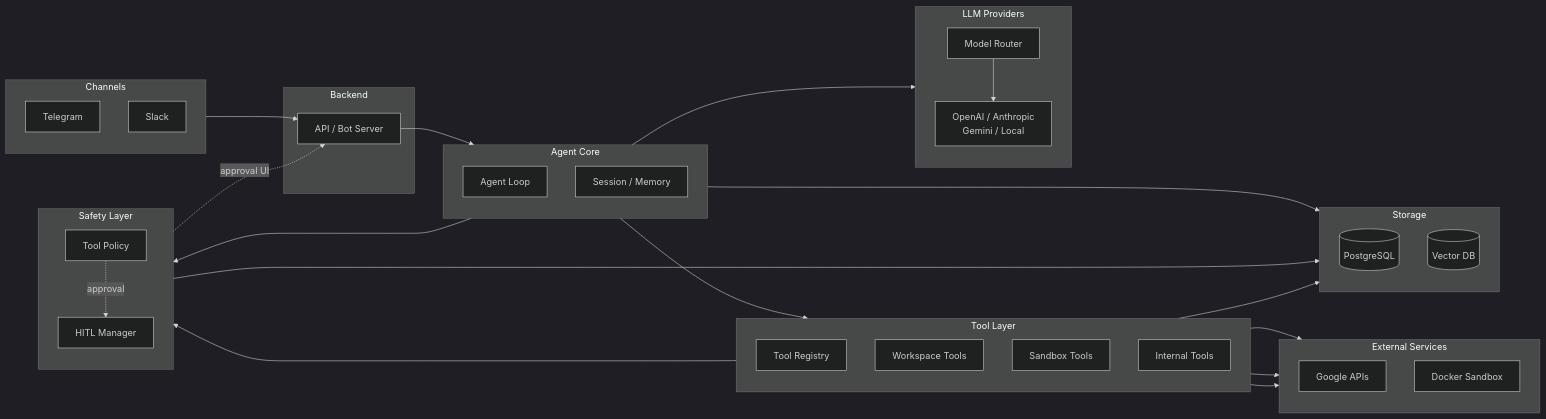
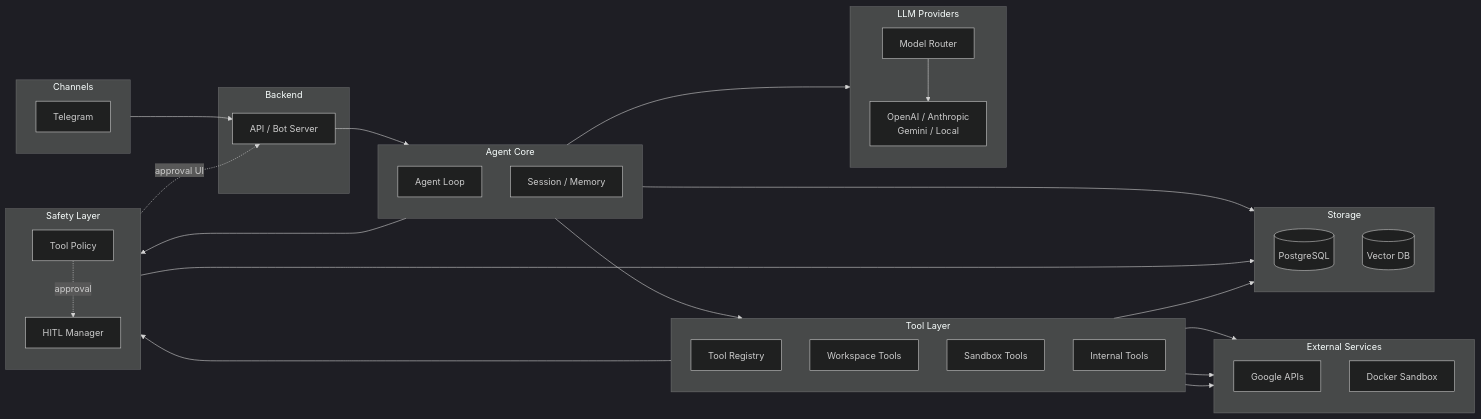
Before and after one commit to AI26-V-Claw/V-Claw: the second of 2 diagrams in docs/01-system-design.md, drawn with Mermaid (dark theme). The commit also changed other lines of this file and 29 other files, not shown here.

````diff
--- a/docs/01-system-design.md
+++ b/docs/01-system-design.md
@@ -37,72 +37,71 @@
 ```mermaid
 flowchart LR
   subgraph CH["Channels"]
     direction TB
     TG["Telegram"]
-    SLACK["Slack"]
   end
 
   subgraph BE["Backend"]
     API["API / Bot Server"]
   end
 
   subgraph CORE["Agent Core"]
     direction TB
     LOOP["Agent Loop"]
     MEMORY["Session / Memory"]
   end
 
   subgraph TOOLS["Tool Layer"]
     direction TB
     REGISTRY["Tool Registry"]
     GTOOLS["Workspace Tools"]
     SANDBOX["Sandbox Tools"]
     INTERNAL["Internal Tools"]
   end
 
   subgraph SAFETY["Safety Layer"]
     direction TB
     POLICY["Tool Policy"]
     HITL["HITL Manager"]
 
     POLICY -. approval .-> HITL
   end
 
   subgraph LLM["LLM Providers"]
     direction TB
     MROUTER["Model Router"]
     MODELS["OpenAI / Anthropic<br/>Gemini / Local"]
 
     MROUTER --> MODELS
   end
 
   subgraph EXT["External Services"]
     direction TB
     GAPI["Google APIs"]
     DOCKER["Docker Sandbox"]
   end
 
   subgraph STORE["Storage"]
     direction TB
     PG[("PostgreSQL")]
     VDB[("Vector DB")]
   end
 
   CH --> API
   API --> CORE
 
   CORE --> LLM
   CORE --> TOOLS
   CORE --> SAFETY
   CORE --> STORE
 
   TOOLS --> SAFETY
   TOOLS --> EXT
   TOOLS --> STORE
 
   SAFETY --> STORE
   SAFETY -. approval UI .-> API
 
   GTOOLS --> GAPI
   SANDBOX --> DOCKER
 ```
````
